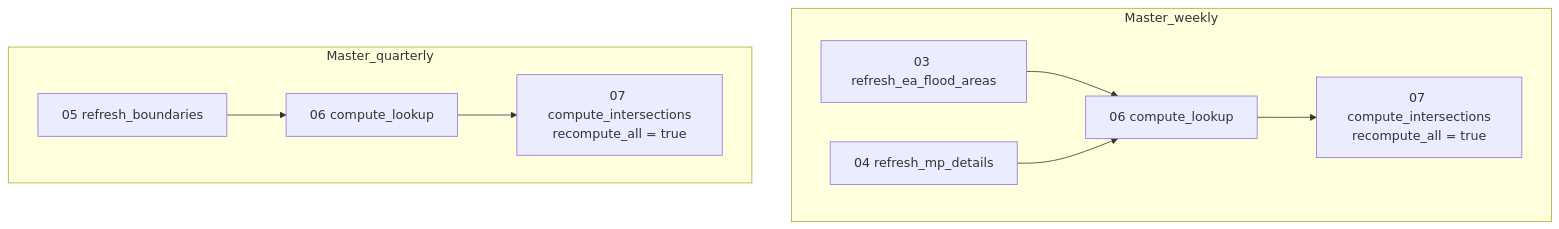
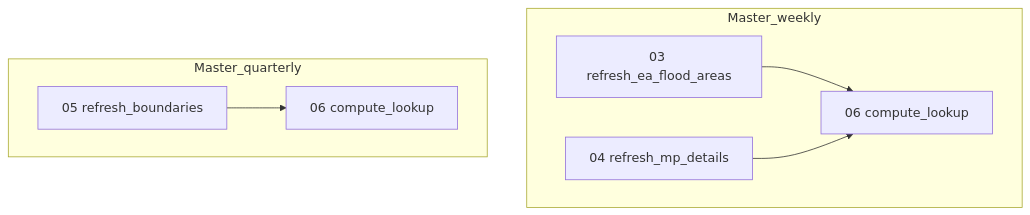
One commit to JonPayneEA/FGS_Notebooks changed the fifth of 6 diagrams in README.md. Above: the diagram before and after it, drawn with Mermaid. The commit also changed other lines of this file and 4 other files, not shown here.

````diff
--- a/README.md
+++ b/README.md
@@ -378,19 +378,15 @@
 ```mermaid
 flowchart TD
     subgraph WEEKLY["Master_weekly"]
         W3["03 refresh_ea_flood_areas"]
         W4["04 refresh_mp_details"]
         W6["06 compute_lookup"]
-        W7["07 compute_intersections<br/>recompute_all = true"]
         W3 --> W6
         W4 --> W6
-        W6 --> W7
     end
     subgraph QUARTERLY["Master_quarterly"]
         Q5["05 refresh_boundaries"]
         Q6["06 compute_lookup"]
-        Q7["07 compute_intersections<br/>recompute_all = true"]
         Q5 --> Q6
-        Q6 --> Q7
     end
 ```
````
